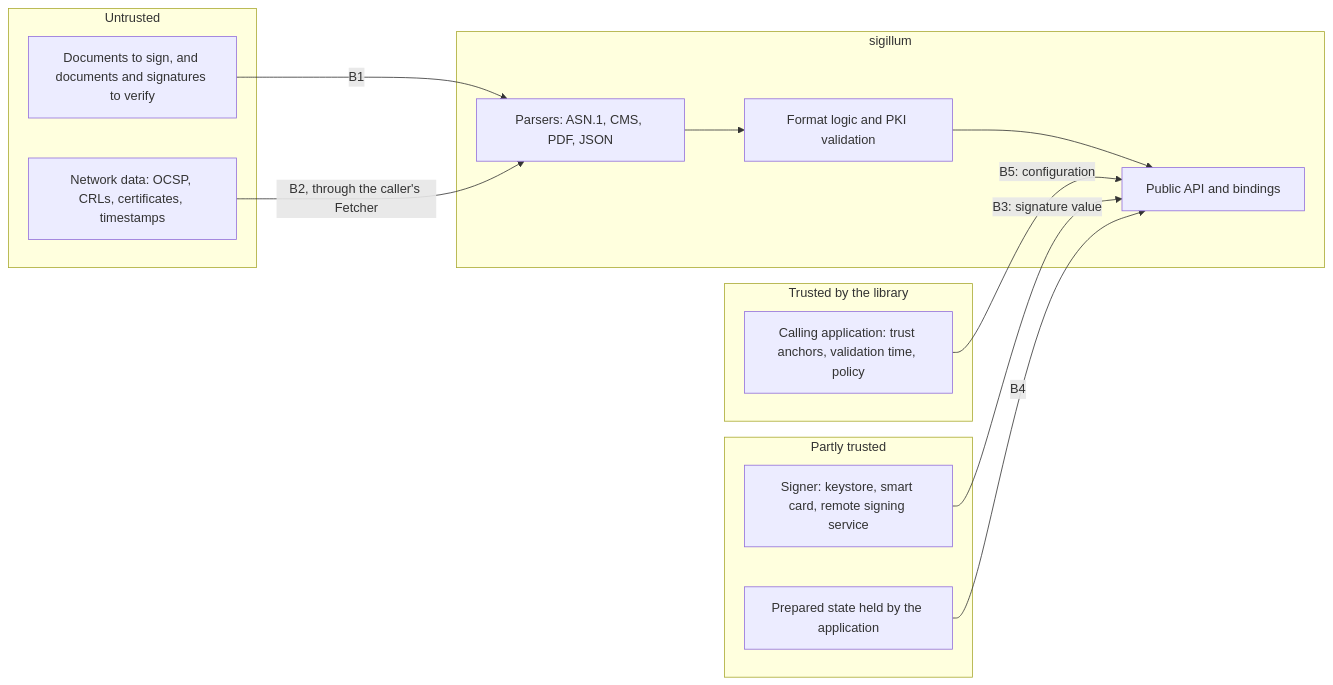
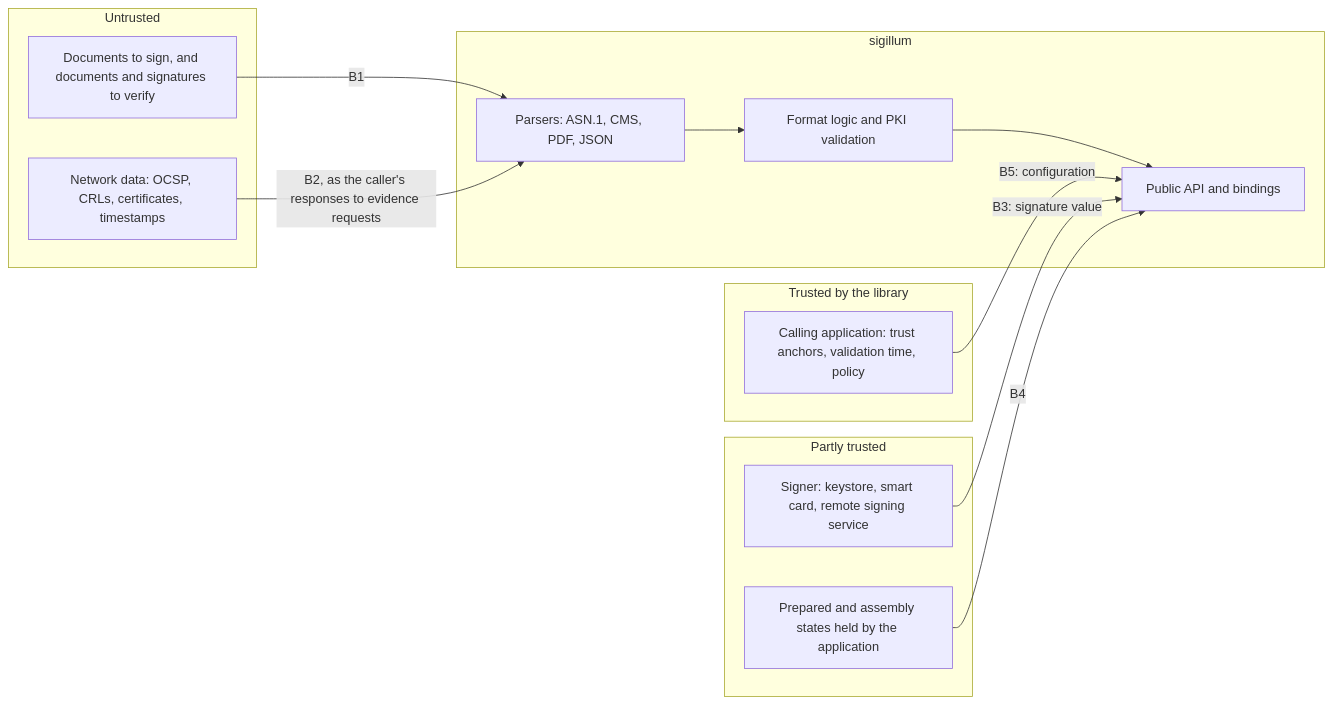
The diagram in docs/design/threat-model.md (cyberverso-net/sigillum), drawn with Mermaid before and after one commit. The commit also changed other lines of this file and 18 other files, not shown here.

````diff
--- a/docs/design/threat-model.md
+++ b/docs/design/threat-model.md
@@ -28,25 +28,25 @@
 ```mermaid
 flowchart LR
     subgraph untrusted["Untrusted"]
         DOC["Documents to sign, and documents and signatures to verify"]
         NET["Network data: OCSP, CRLs, certificates, timestamps"]
     end
     subgraph semi["Partly trusted"]
         SIGNER["Signer: keystore, smart card, remote signing service"]
-        STATE["Prepared state held by the application"]
+        STATE["Prepared and assembly states held by the application"]
     end
     subgraph trusted["Trusted by the library"]
         CALLER["Calling application: trust anchors, validation time, policy"]
     end
     subgraph lib["sigillum"]
         PARSE["Parsers: ASN.1, CMS, PDF, JSON"]
         CORE["Format logic and PKI validation"]
         API["Public API and bindings"]
     end
     DOC -->|B1| PARSE
-    NET -->|B2, through the caller's Fetcher| PARSE
+    NET -->|B2, as the caller's responses to evidence requests| PARSE
     SIGNER -->|B3: signature value| API
     STATE -->|B4| API
     CALLER -->|B5: configuration| API
     PARSE --> CORE --> API
 ```
````
